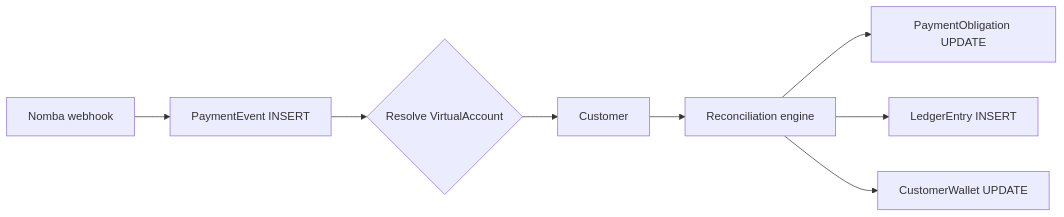
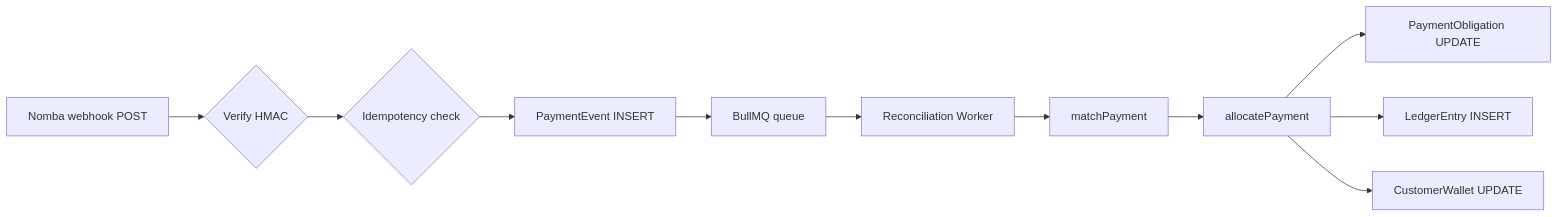
The second of 2 diagrams in docs/SCHEMA.md (Ledger-OS-Infra/ledger-core), drawn with Mermaid before and after one commit. The commit also changed other lines of this file and 4 other files, not shown here.

````diff
--- a/docs/SCHEMA.md
+++ b/docs/SCHEMA.md
@@ -306,10 +366,13 @@
 ```mermaid
 flowchart LR
-    WH[Nomba webhook] --> PE[PaymentEvent INSERT]
-    PE --> VA{Resolve VirtualAccount}
-    VA --> C[Customer]
-    C --> RE[Reconciliation engine]
-    RE --> PO[PaymentObligation UPDATE]
-    RE --> LE[LedgerEntry INSERT]
-    RE --> CW[CustomerWallet UPDATE]
+    WH[Nomba webhook POST] --> SIG{Verify HMAC}
+    SIG --> IDEM{Idempotency check}
+    IDEM --> PE[PaymentEvent INSERT]
+    PE --> Q[BullMQ queue]
+    Q --> W[Reconciliation Worker]
+    W --> MATCH[matchPayment]
+    MATCH --> ALLOC[allocatePayment]
+    ALLOC --> PO[PaymentObligation UPDATE]
+    ALLOC --> LE[LedgerEntry INSERT]
+    ALLOC --> CW[CustomerWallet UPDATE]
 ```
````
